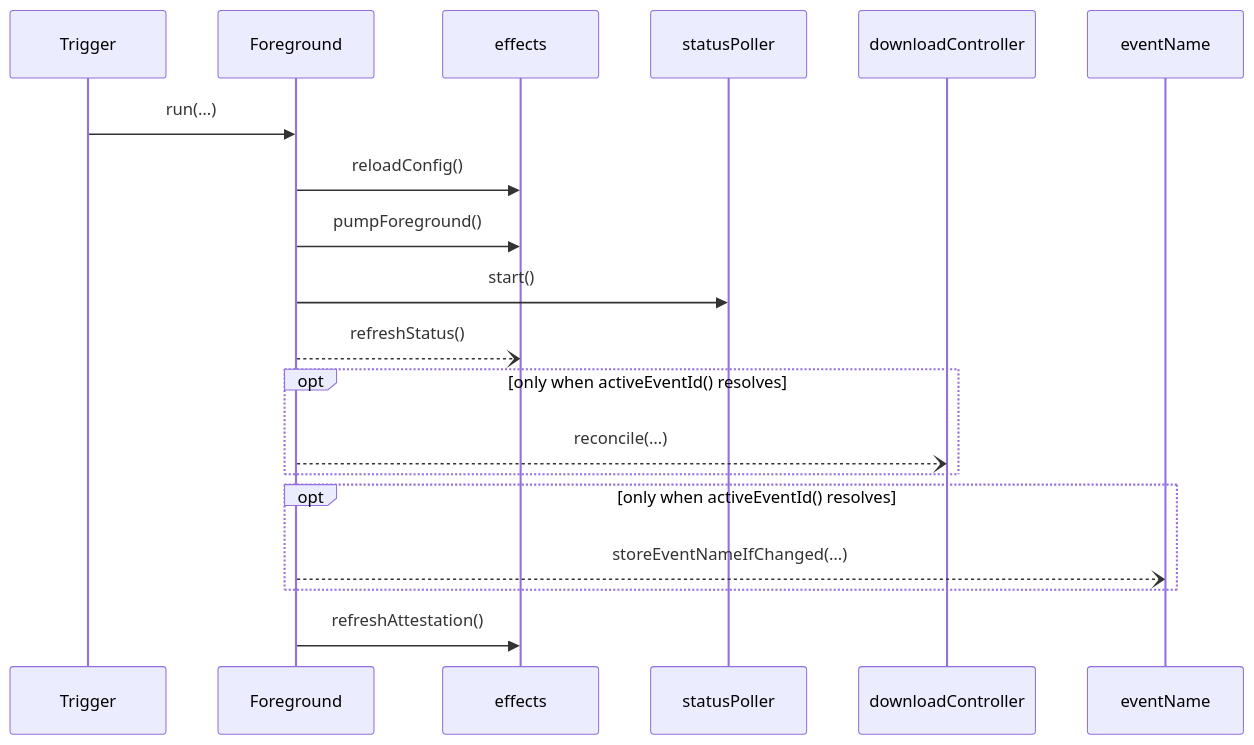
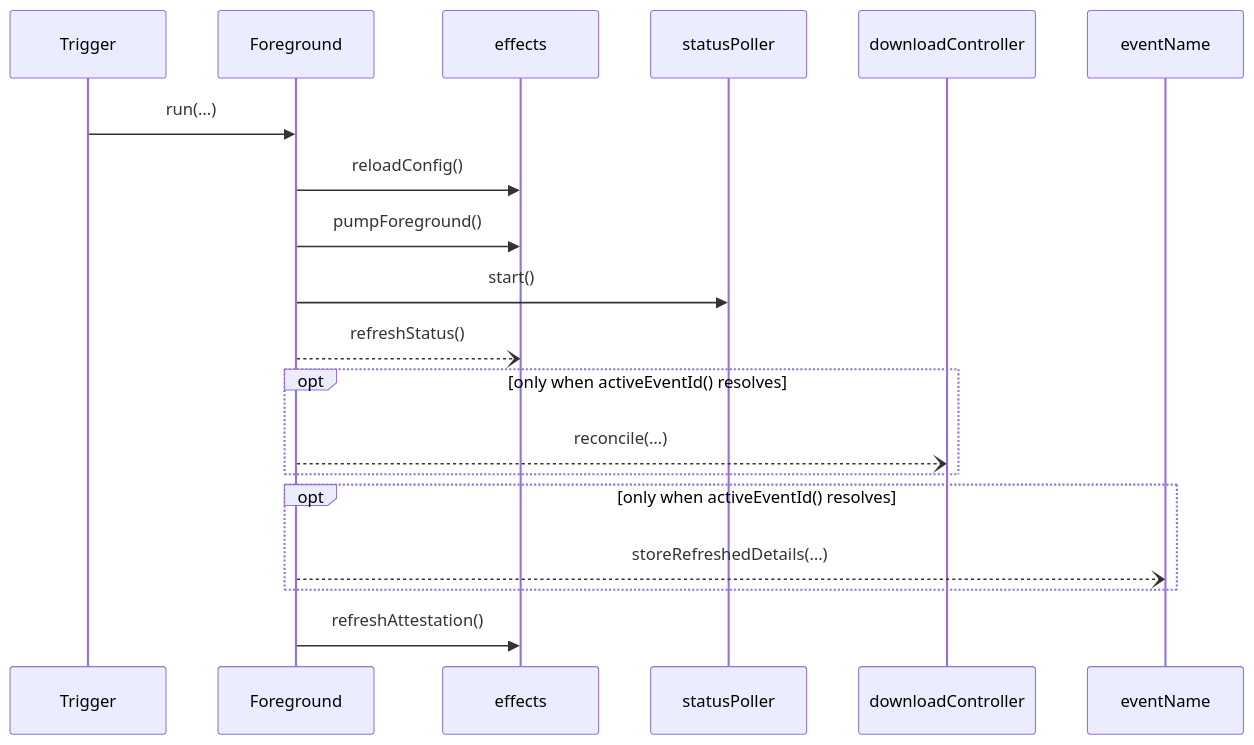
The diagram in architecture/flows/Foreground.md (stefanhoelzl/SnapSync), drawn with Mermaid before and after one commit. The commit also changed 100 other files, not shown here.

````diff
--- a/architecture/flows/Foreground.md
+++ b/architecture/flows/Foreground.md
@@ -14,21 +14,21 @@
 ```mermaid
 sequenceDiagram
   participant Trigger
   participant Foreground
   participant effects
   participant statusPoller
   participant downloadController
   participant eventName
   Trigger->>Foreground: run(…)
   Foreground->>effects: reloadConfig()
   Foreground->>effects: pumpForeground()
   Foreground->>statusPoller: start()
   Foreground--)effects: refreshStatus()
   opt only when activeEventId() resolves
     Foreground--)downloadController: reconcile(…)
   end
   opt only when activeEventId() resolves
-    Foreground--)eventName: storeEventNameIfChanged(…)
+    Foreground--)eventName: storeRefreshedDetails(…)
   end
   Foreground->>effects: refreshAttestation()
 ```
````
